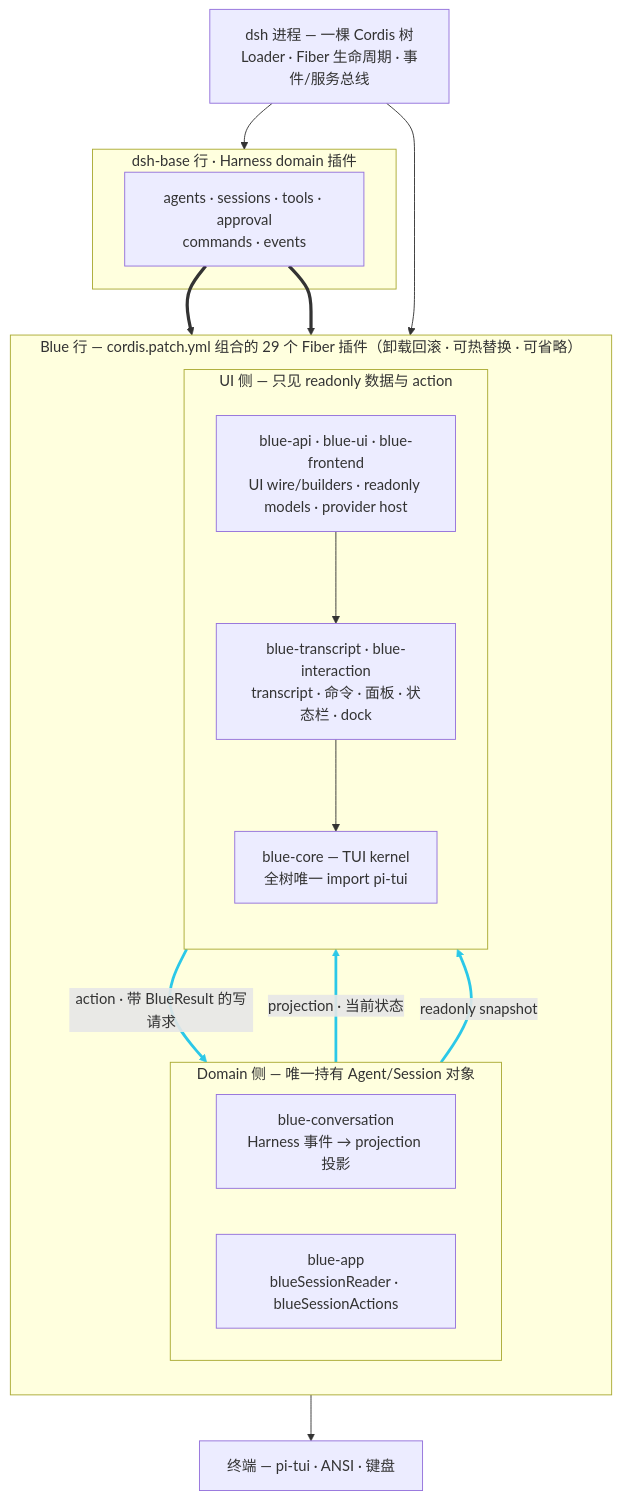
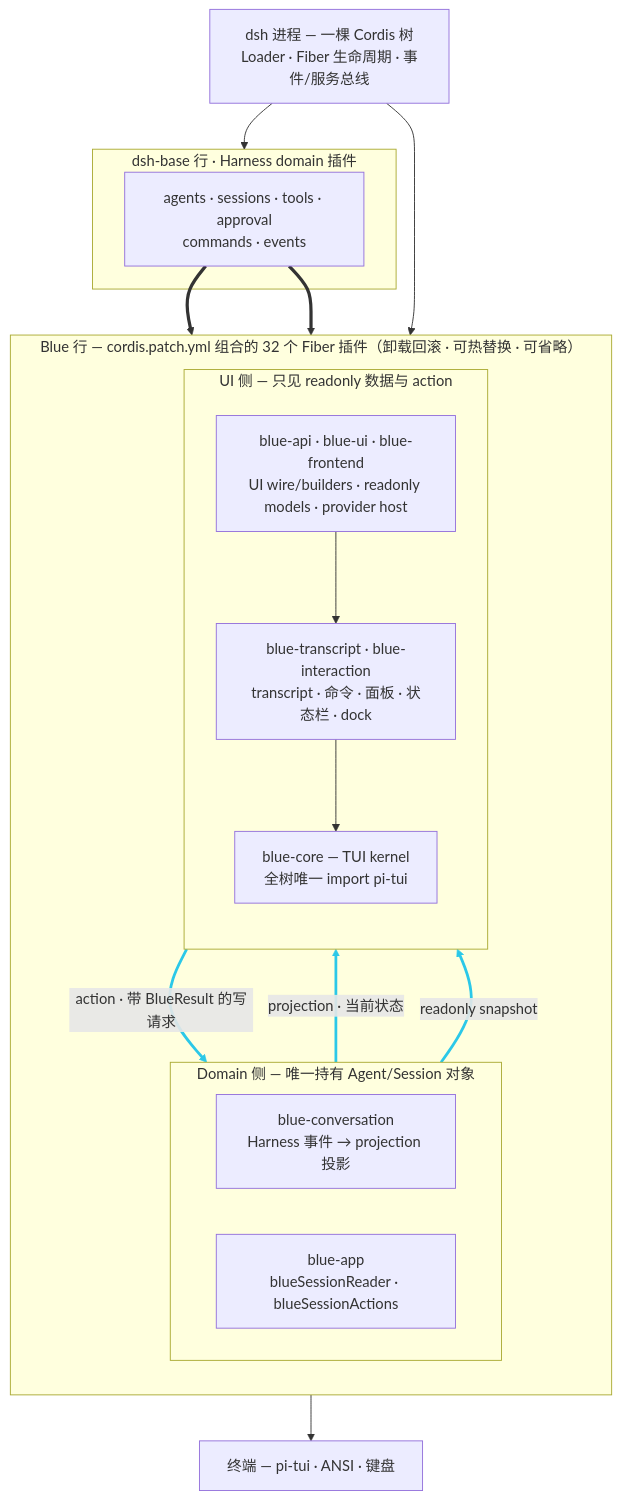
The diagram in docs/diagrams/blue-layers.mmd (dsh-blue/blue), drawn with Mermaid before and after one commit. The commit also changed 131 other files, not shown here.

```diff
--- a/docs/diagrams/blue-layers.mmd
+++ b/docs/diagrams/blue-layers.mmd
@@ -1,36 +1,36 @@
 flowchart TB
     ROOT["dsh 进程 — 一棵 Cordis 树<br/>Loader · Fiber 生命周期 · 事件/服务总线"]
 
     subgraph BASE["dsh-base 行 · Harness domain 插件"]
         HAR["agents · sessions · tools · approval<br/>commands · events"]
     end
 
-    subgraph BLUE["Blue 行 — cordis.patch.yml 组合的 29 个 Fiber 插件（卸载回滚 · 可热替换 · 可省略）"]
+    subgraph BLUE["Blue 行 — cordis.patch.yml 组合的 32 个 Fiber 插件（卸载回滚 · 可热替换 · 可省略）"]
         direction TB
         subgraph DOM["Domain 侧 — 唯一持有 Agent/Session 对象"]
             direction LR
             CONV["blue-conversation<br/>Harness 事件 → projection 投影"]
             APP["blue-app<br/>blueSessionReader · blueSessionActions"]
         end
         subgraph UI["UI 侧 — 只见 readonly 数据与 action"]
             direction TB
             FE["blue-api · blue-ui · blue-frontend<br/>UI wire/builders · readonly models · provider host"]
             ADP["blue-transcript · blue-interaction<br/>transcript · 命令 · 面板 · 状态栏 · dock"]
             KRN["blue-core — TUI kernel<br/>全树唯一 import pi-tui"]
             FE --> ADP
             ADP --> KRN
         end
         CONV -- "projection · 当前状态" --> FE
         APP -- "readonly snapshot" --> FE
         UI -- "action · 带 BlueResult 的写请求" --> DOM
     end
 
     TERM["终端 — pi-tui · ANSI · 键盘"]
 
     ROOT --> BASE
     ROOT --> BLUE
     HAR ==> CONV
     HAR ==> APP
     KRN --> TERM
 
     linkStyle 2,3,4 stroke:#2bc8e8,stroke-width:3px
```
